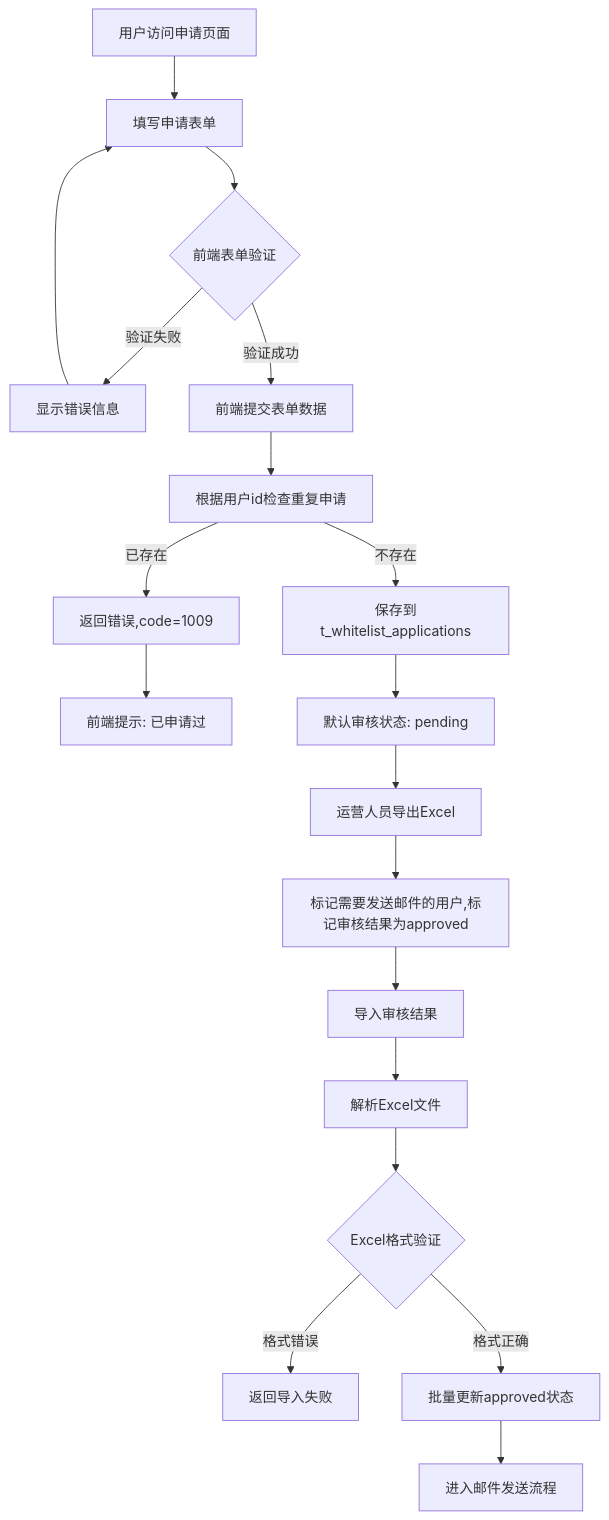
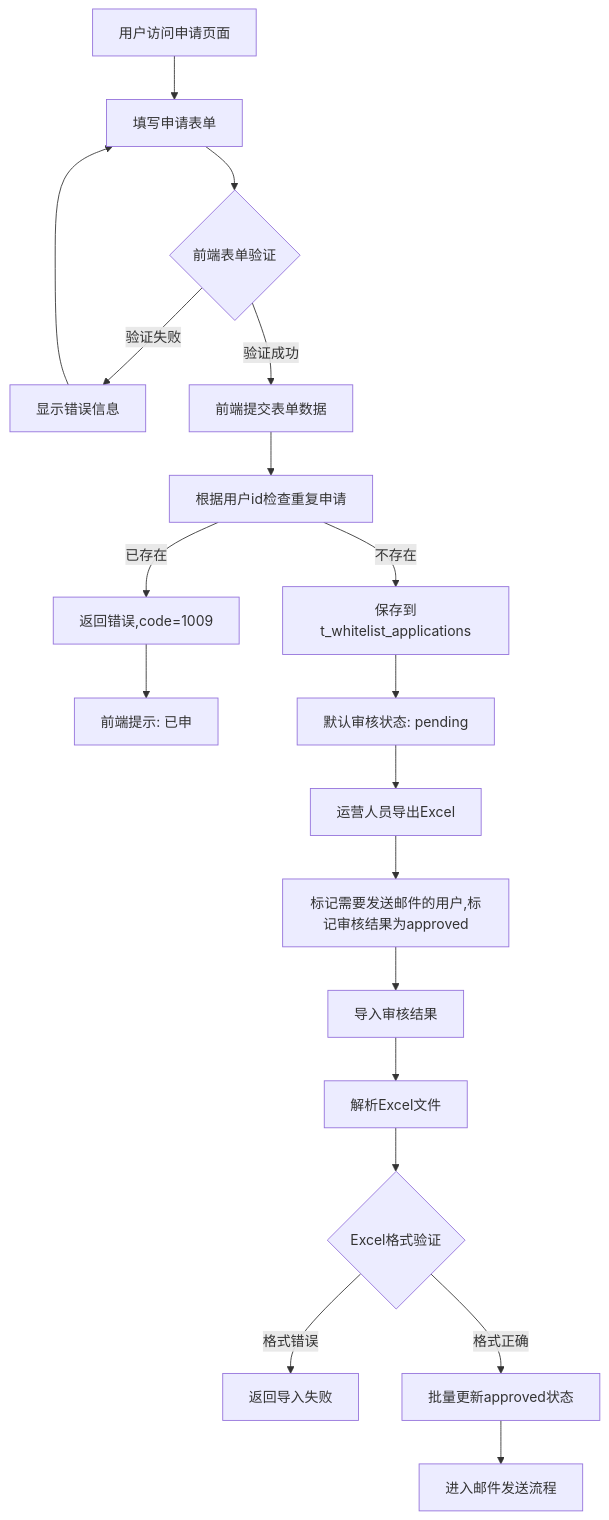
Before and after one commit to yingjianzh/iodraw-files: the diagram in all/未命名-75.md, drawn with Mermaid.

Commit message:
2025-07-08 09:34:50 update

````diff
--- a/all/未命名-75.md
+++ b/all/未命名-75.md
@@ -1,24 +1,24 @@
 ```mermaid
 
 flowchart TD
     A[用户访问申请页面] --> B[填写申请表单]
     B --> C{前端表单验证}
     C -->|验证失败| D[显示错误信息]
     D --> B
     C -->|验证成功| E[前端提交表单数据]
     E --> F[根据用户id检查重复申请]
     F -->|已存在| G[返回错误,code=1009]
-    G --> H[前端提示: 已申请过]
+    G --> H[前端提示: 已申]
     F -->|不存在| I[保存到t_whitelist_applications]
     I --> K[默认审核状态: pending]
     
     K --> P[运营人员导出Excel]
     P --> S[标记需要发送邮件的用户,标记审核结果为approved]
     S --> T[导入审核结果]
     T --> T2[解析Excel文件]
     T2 --> T3{Excel格式验证}
     T3 -->|格式错误| T4[返回导入失败]
     T3 -->|格式正确| U[批量更新approved状态]
     U --> V[进入邮件发送流程]
 
 ```
````
